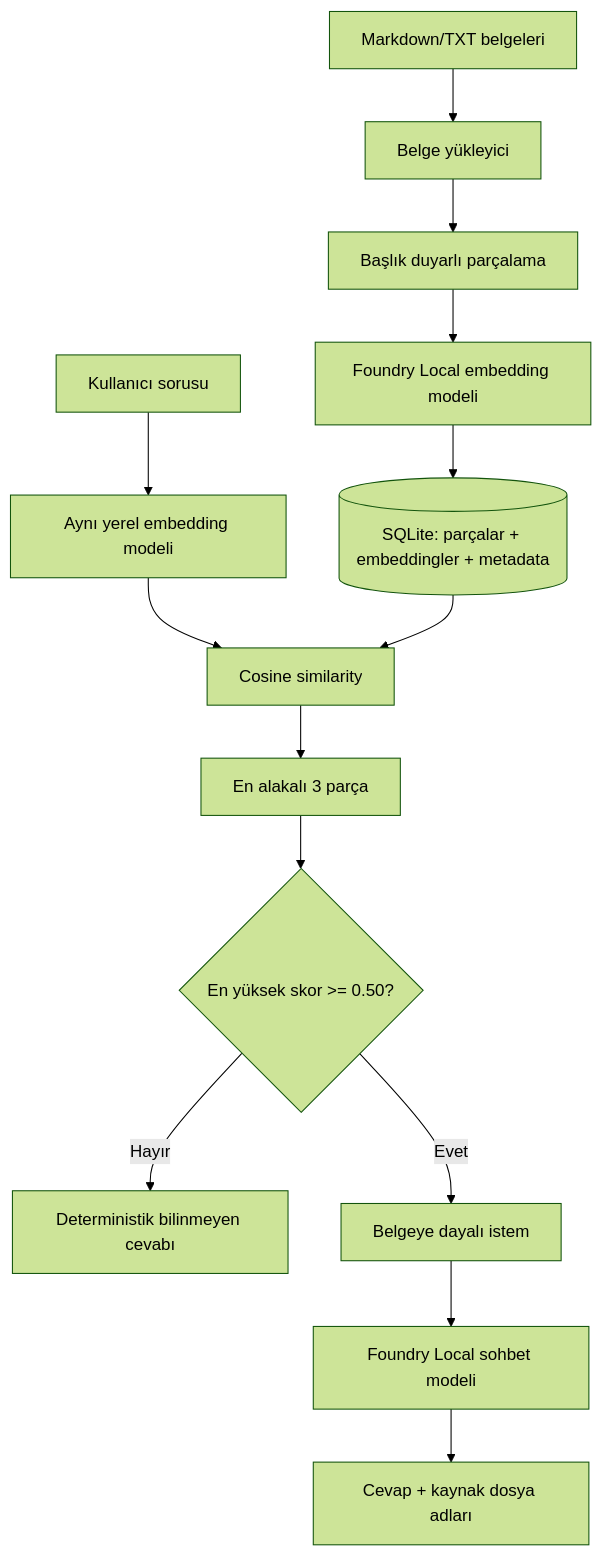
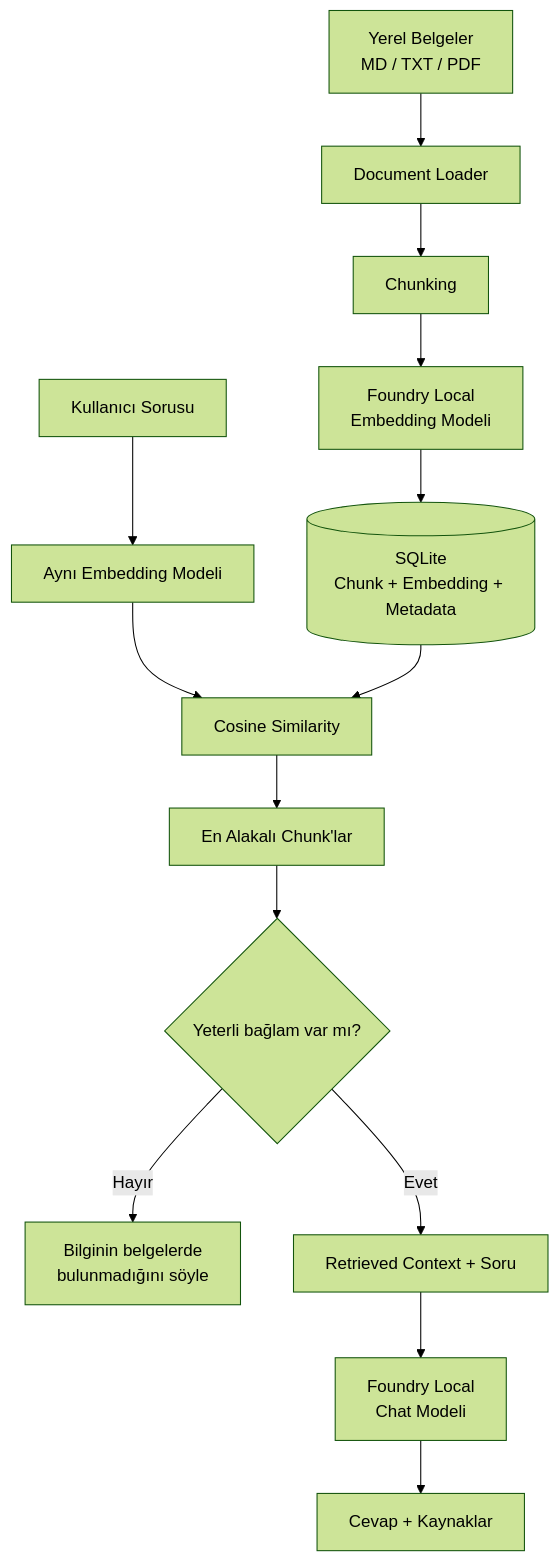
One commit to Asilturkmen/Microsoft-AI changed the diagram in README.md. Above: the diagram before and after it, drawn with Mermaid (forest theme). The commit also changed other lines of this file, not shown here.

````diff
--- a/README.md
+++ b/README.md
@@ -13,16 +33,19 @@
 ```mermaid
 flowchart TD
-    A[Markdown/TXT belgeleri] --> B[Belge yükleyici]
-    B --> C[Başlık duyarlı parçalama]
-    C --> D[Foundry Local embedding modeli]
-    D --> E[(SQLite: parçalar + embeddingler + metadata)]
-    Q[Kullanıcı sorusu] --> F[Aynı yerel embedding modeli]
-    F --> G[Cosine similarity]
+    A[Yerel Belgeler<br/>MD / TXT / PDF] --> B[Document Loader]
+    B --> C[Chunking]
+    C --> D[Foundry Local<br/>Embedding Modeli]
+    D --> E[(SQLite<br/>Chunk + Embedding + Metadata)]
+
+    Q[Kullanıcı Sorusu] --> F[Aynı Embedding Modeli]
+    F --> G[Cosine Similarity]
     E --> G
-    G --> H[En alakalı 3 parça]
-    H --> I{En yüksek skor >= 0.50?}
-    I -- Hayır --> U[Deterministik bilinmeyen cevabı]
-    I -- Evet --> J[Belgeye dayalı istem]
-    J --> K[Foundry Local sohbet modeli]
-    K --> L[Cevap + kaynak dosya adları]
+
+    G --> H[En Alakalı Chunk'lar]
+    H --> I{Yeterli bağlam var mı?}
+
+    I -- Hayır --> U[Bilginin belgelerde<br/>bulunmadığını söyle]
+    I -- Evet --> J[Retrieved Context + Soru]
+    J --> K[Foundry Local<br/>Chat Modeli]
+    K --> L[Cevap + Kaynaklar]
 ```
````
